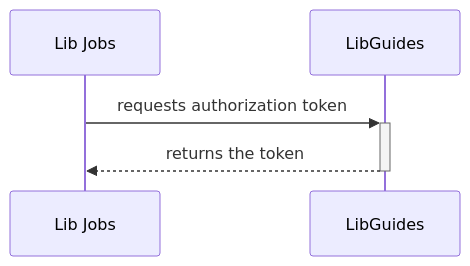
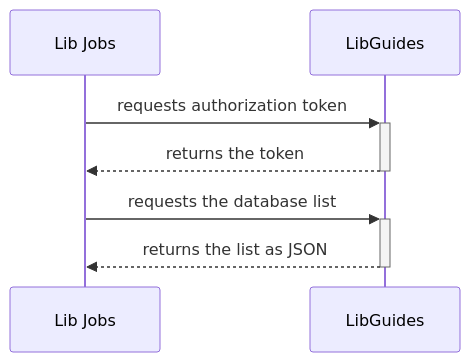
The diagram in docs/web_database_list/README.md (pulibrary/lib_jobs), drawn with Mermaid before and after one commit. The commit also changed 2 other files, not shown here.

Commit message:
Fetch database list from libguides

````diff
--- a/docs/web_database_list/README.md
+++ b/docs/web_database_list/README.md
@@ -8,5 +8,7 @@
 ```mermaid
 sequenceDiagram
     Lib Jobs->>+LibGuides: requests authorization token
     LibGuides-->>-Lib Jobs: returns the token
+    Lib Jobs->>+LibGuides: requests the database list
+    LibGuides-->>-Lib Jobs: returns the list as JSON
 ```
````
